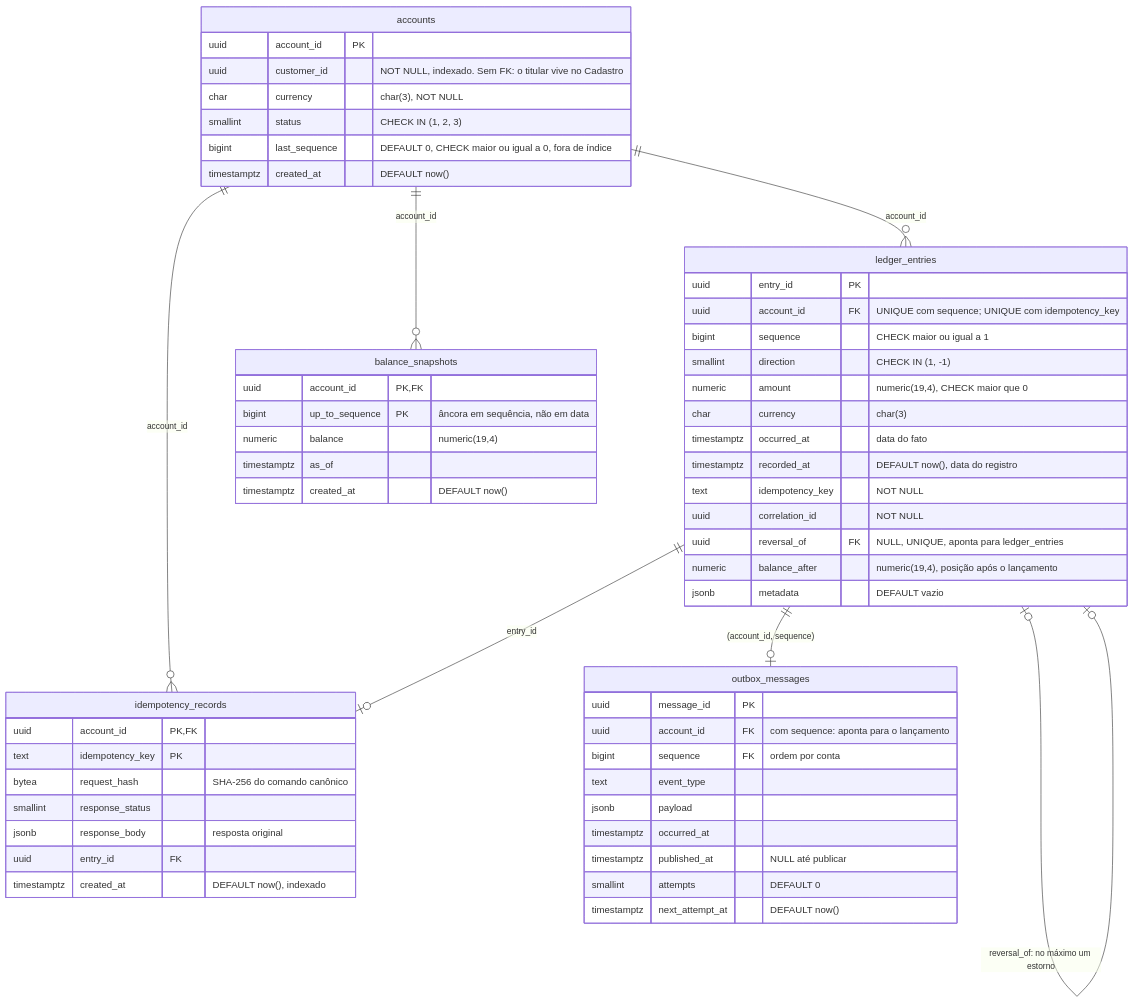
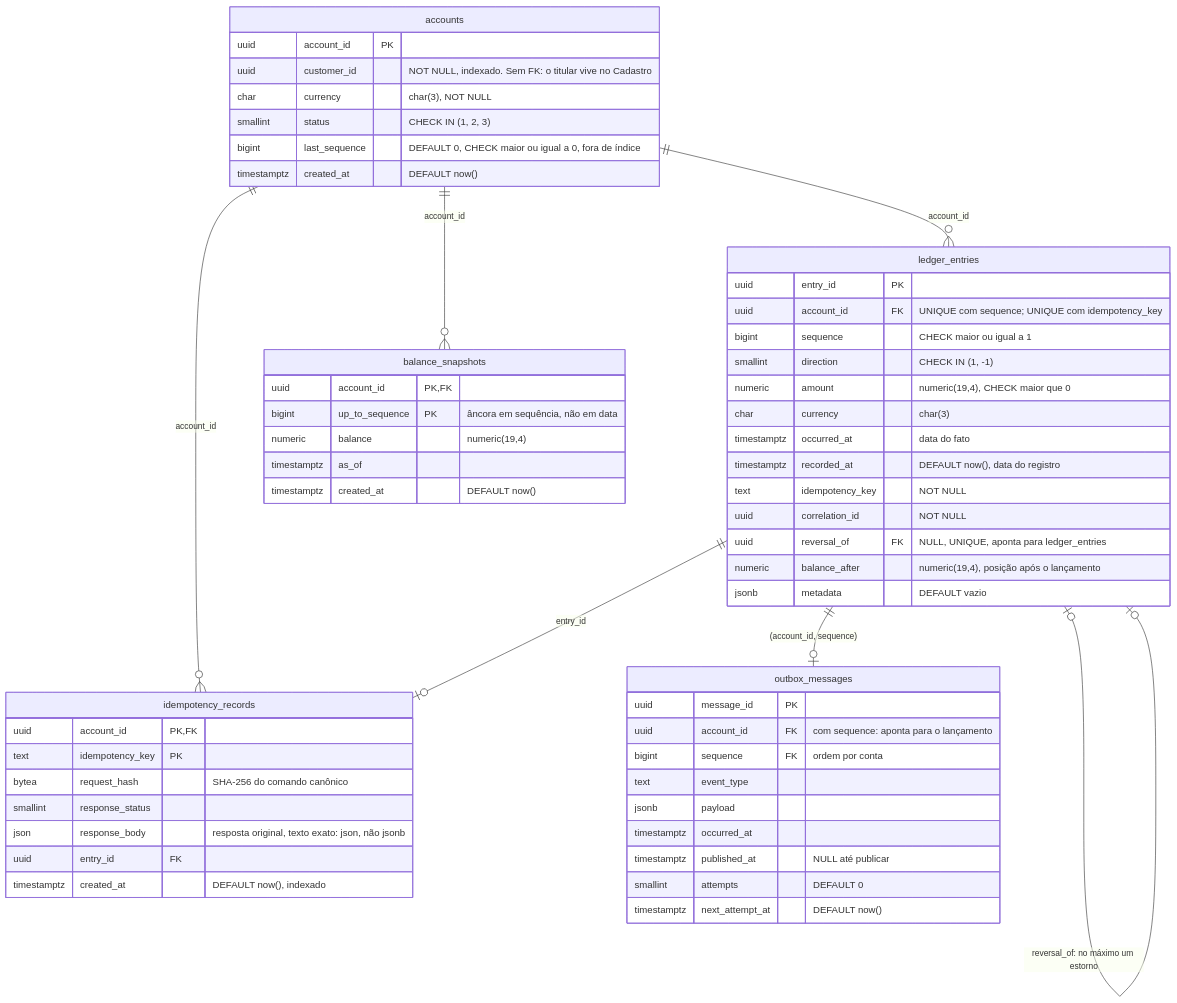
Before and after one commit to eduardojnet/PacioliBank: the diagram in docs/diagrams/ERD-esquema-ledger.md, drawn with Mermaid. The commit also changed 13 other files, not shown here.

Commit message:
fix(idempotency): a repeticao devolve o response_body gravado, byte a byte (card 19.5)

````diff
--- a/docs/diagrams/ERD-esquema-ledger.md
+++ b/docs/diagrams/ERD-esquema-ledger.md
@@ -7,64 +7,64 @@
 ```mermaid
 erDiagram
     accounts ||--o{ ledger_entries : "account_id"
     accounts ||--o{ balance_snapshots : "account_id"
     accounts ||--o{ idempotency_records : "account_id"
     ledger_entries ||--o| idempotency_records : "entry_id"
     ledger_entries |o--o| ledger_entries : "reversal_of: no máximo um estorno"
     ledger_entries ||--o| outbox_messages : "(account_id, sequence)"
 
     accounts {
         uuid account_id PK
         uuid customer_id "NOT NULL, indexado. Sem FK: o titular vive no Cadastro"
         char currency "char(3), NOT NULL"
         smallint status "CHECK IN (1, 2, 3)"
         bigint last_sequence "DEFAULT 0, CHECK maior ou igual a 0, fora de índice"
         timestamptz created_at "DEFAULT now()"
     }
 
     ledger_entries {
         uuid entry_id PK
         uuid account_id FK "UNIQUE com sequence; UNIQUE com idempotency_key"
         bigint sequence "CHECK maior ou igual a 1"
         smallint direction "CHECK IN (1, -1)"
         numeric amount "numeric(19,4), CHECK maior que 0"
         char currency "char(3)"
         timestamptz occurred_at "data do fato"
         timestamptz recorded_at "DEFAULT now(), data do registro"
         text idempotency_key "NOT NULL"
         uuid correlation_id "NOT NULL"
         uuid reversal_of FK "NULL, UNIQUE, aponta para ledger_entries"
         numeric balance_after "numeric(19,4), posição após o lançamento"
         jsonb metadata "DEFAULT vazio"
     }
 
     balance_snapshots {
         uuid account_id PK, FK
         bigint up_to_sequence PK "âncora em sequência, não em data"
         numeric balance "numeric(19,4)"
         timestamptz as_of
         timestamptz created_at "DEFAULT now()"
     }
 
     outbox_messages {
         uuid message_id PK
         uuid account_id FK "com sequence: aponta para o lançamento"
         bigint sequence FK "ordem por conta"
         text event_type
         jsonb payload
         timestamptz occurred_at
         timestamptz published_at "NULL até publicar"
         smallint attempts "DEFAULT 0"
         timestamptz next_attempt_at "DEFAULT now()"
     }
 
     idempotency_records {
         uuid account_id PK, FK
         text idempotency_key PK
         bytea request_hash "SHA-256 do comando canônico"
         smallint response_status
-        jsonb response_body "resposta original"
+        json response_body "resposta original, texto exato: json, não jsonb"
         uuid entry_id FK
         timestamptz created_at "DEFAULT now(), indexado"
     }
 ```
````
